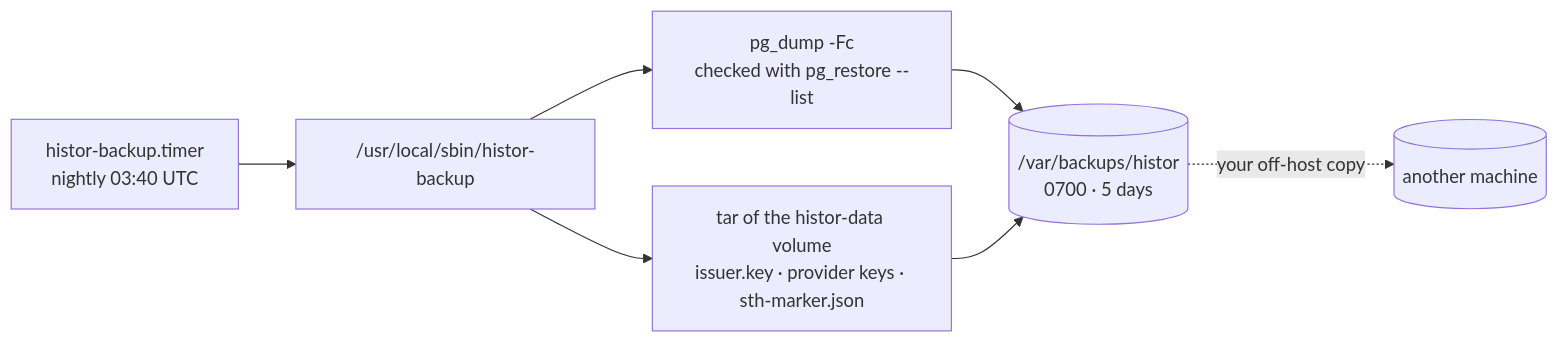
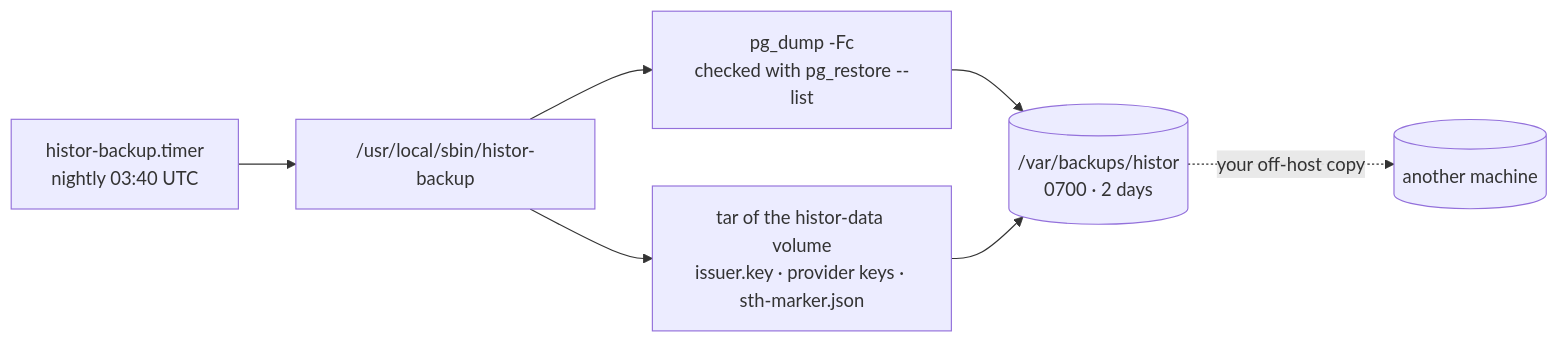
Before and after one commit to alexar76/histor: the third of 3 diagrams in docs/operations.md, drawn with Mermaid. The commit also changed other lines of this file and 30 other files, not shown here.

````diff
--- a/docs/operations.md
+++ b/docs/operations.md
@@ -132,9 +132,9 @@
 ```mermaid
 flowchart LR
     T["histor-backup.timer<br/>nightly 03:40 UTC"] --> S["/usr/local/sbin/histor-backup"]
     S --> D["pg_dump -Fc<br/>checked with pg_restore --list"]
     S --> K["tar of the histor-data volume<br/>issuer.key · provider keys · sth-marker.json"]
-    D --> B[("/var/backups/histor<br/>0700 · 5 days")]
+    D --> B[("/var/backups/histor<br/>0700 · 2 days")]
     K --> B
     B -. "your off-host copy" .-> O[("another machine")]
 ```
````
